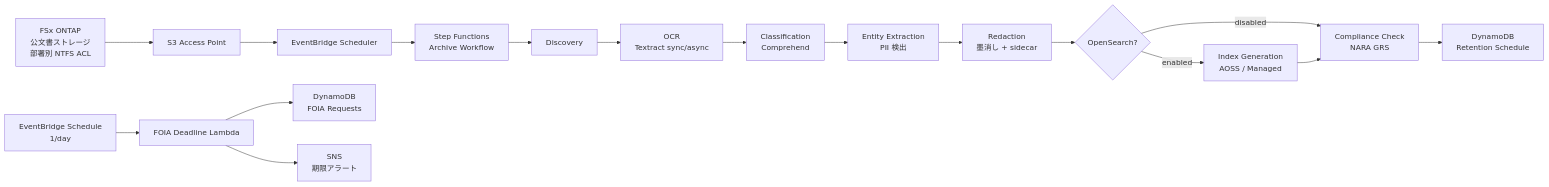
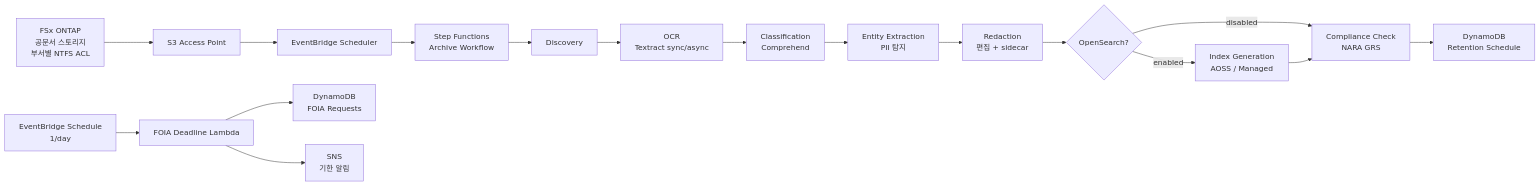
The diagram in government-archives/docs/architecture.ko.md (Yoshiki0705/FSx-for-ONTAP-S3AccessPoints-Serverless-Patterns), drawn with Mermaid before and after one commit. The commit also changed other lines of this file and 13 other files, not shown here.

````diff
--- a/government-archives/docs/architecture.ko.md
+++ b/government-archives/docs/architecture.ko.md
@@ -15,20 +15,20 @@
 ```mermaid
 graph LR
-    FSx[FSx ONTAP<br/>公文書ストレージ<br/>部署別 NTFS ACL] --> S3AP[S3 Access Point]
+    FSx[FSx ONTAP<br/>공문서 스토리지<br/>부서별 NTFS ACL] --> S3AP[S3 Access Point]
     S3AP --> EB[EventBridge Scheduler]
     EB --> SFN[Step Functions<br/>Archive Workflow]
     SFN --> L1[Discovery]
     L1 --> L2[OCR<br/>Textract sync/async]
     L2 --> L3[Classification<br/>Comprehend]
-    L3 --> L4[Entity Extraction<br/>PII 検出]
-    L4 --> L5[Redaction<br/>墨消し + sidecar]
+    L3 --> L4[Entity Extraction<br/>PII 탐지]
+    L4 --> L5[Redaction<br/>편집 + sidecar]
     L5 --> C{OpenSearch?}
     C -->|enabled| L6[Index Generation<br/>AOSS / Managed]
     C -->|disabled| L7
     L6 --> L7[Compliance Check<br/>NARA GRS]
     L7 --> DDB[DynamoDB<br/>Retention Schedule]
 
     FD[EventBridge Schedule<br/>1/day] --> FL[FOIA Deadline Lambda]
     FL --> FDB[DynamoDB<br/>FOIA Requests]
-    FL --> SNS[SNS<br/>期限アラート]
+    FL --> SNS[SNS<br/>기한 알림]
 ```
````
